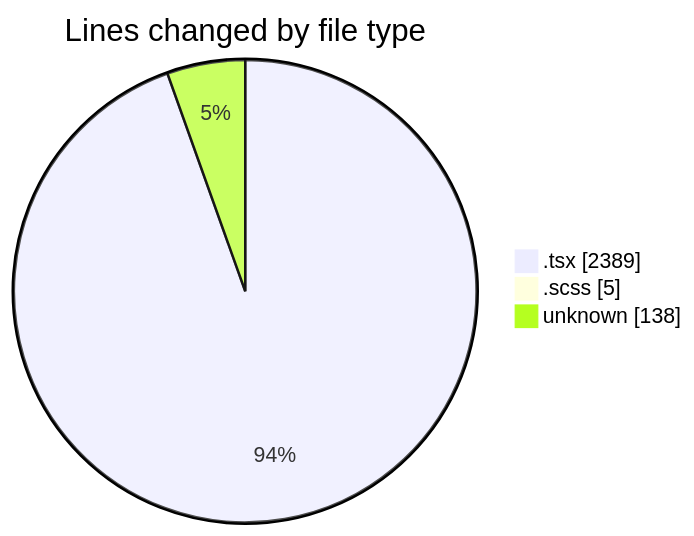
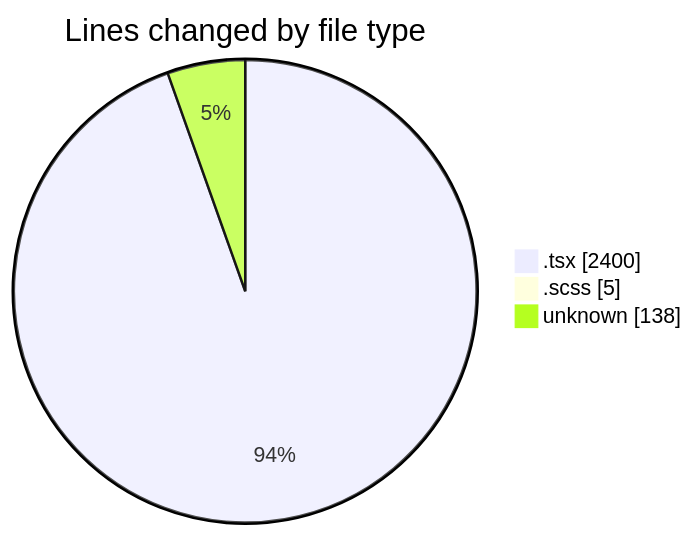
One commit to momahboobian/code-tracking changed the first of 2 diagrams in 2026-10-13/cda/README.md. Above: the diagram before and after it, drawn with Mermaid. The commit also changed other lines of this file and 1 other file, not shown here.

````diff
--- a/2026-10-13/cda/README.md
+++ b/2026-10-13/cda/README.md
@@ -35,7 +35,7 @@
 ```mermaid
 pie showData
 title Lines changed by file type
-".tsx" : 2389
+".tsx" : 2400
 ".scss" : 5
 "unknown" : 138
 ```
````
